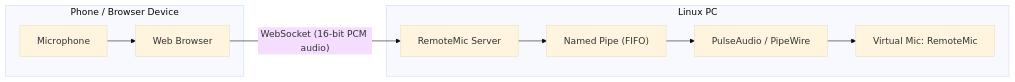
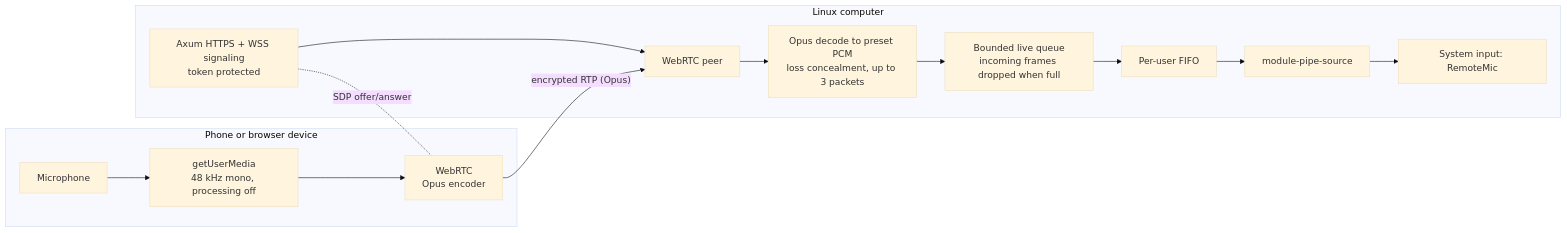
One commit to goldpulpy/RemoteMic changed the diagram in README.md. Above: the diagram before and after it, drawn with Mermaid (base theme). The commit also changed other lines of this file and 38 other files, not shown here.

````diff
--- a/README.md
+++ b/README.md
@@ -13,20 +507,23 @@
 ```mermaid
 flowchart LR
-    subgraph Phone["Phone / Browser Device"]
+    subgraph Device["Phone or browser device"]
         Mic["Microphone"]
-        Browser["Web Browser"]
+        Capture["getUserMedia\n48 kHz mono, processing off"]
+        WebRTC["WebRTC\nOpus encoder"]
+        Mic --> Capture --> WebRTC
     end
 
-    subgraph PC["Linux PC"]
-        Server["RemoteMic Server"]
-        Pipe["Named Pipe (FIFO)"]
-        Pulse["PulseAudio / PipeWire"]
-        Source["Virtual Mic: RemoteMic"]
+    subgraph Linux["Linux computer"]
+        HTTPS["Axum HTTPS + WSS signaling\ntoken protected"]
+        Peer["WebRTC peer"]
+        Decode["Opus decode to preset PCM\nloss concealment, up to 3 packets"]
+        Queue["Bounded live queue\nincoming frames dropped when full"]
+        FIFO["Per-user FIFO"]
+        Pulse["module-pipe-source"]
+        Input["System input: RemoteMic"]
+        HTTPS --> Peer --> Decode --> Queue --> FIFO --> Pulse --> Input
     end
 
-    Mic --> Browser
-    Browser -- "WebSocket (16-bit PCM audio)" --> Server
-    Server --> Pipe
-    Pipe --> Pulse
-    Pulse --> Source
+    WebRTC -- "encrypted RTP (Opus)" --> Peer
+    HTTPS -. "SDP offer/answer" .- WebRTC
 ```
````
